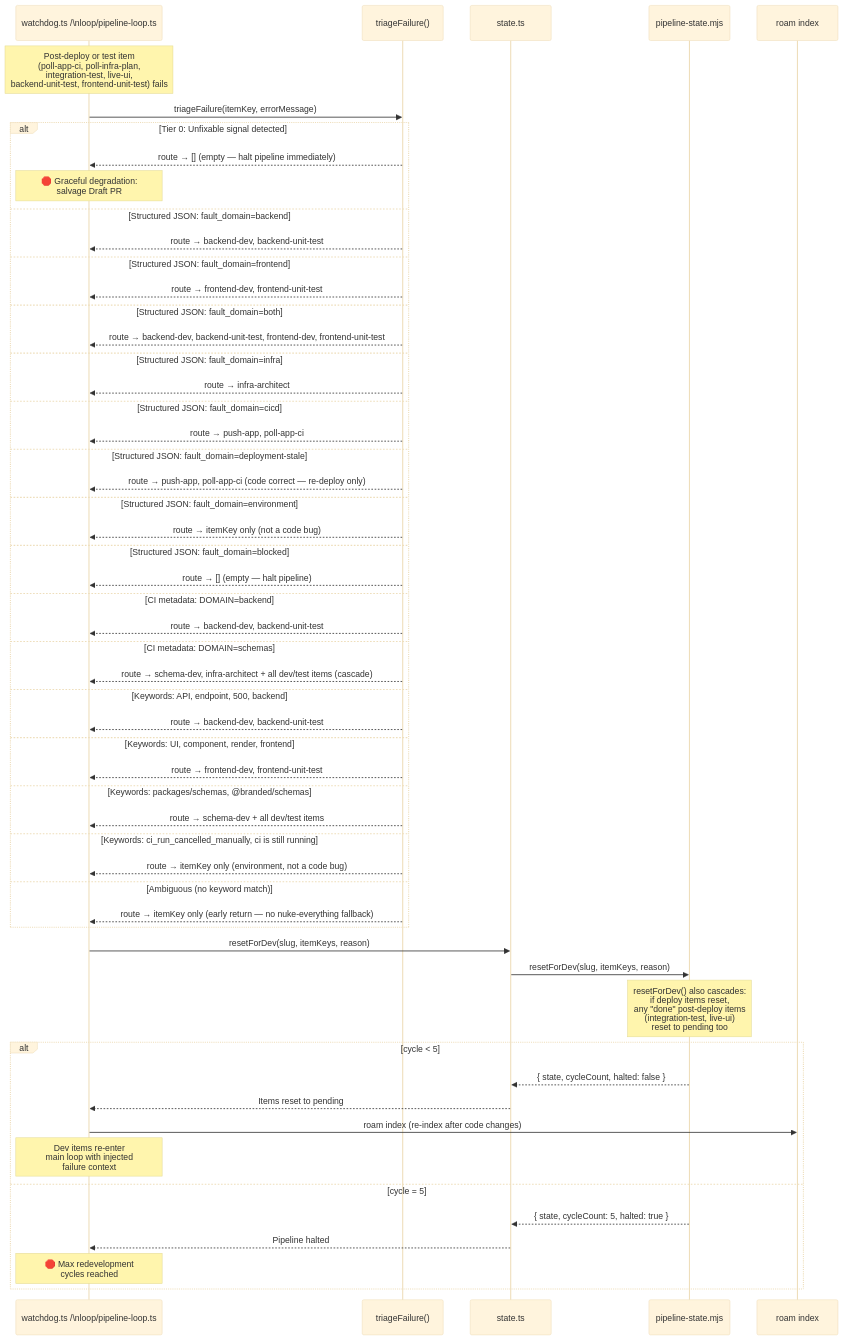
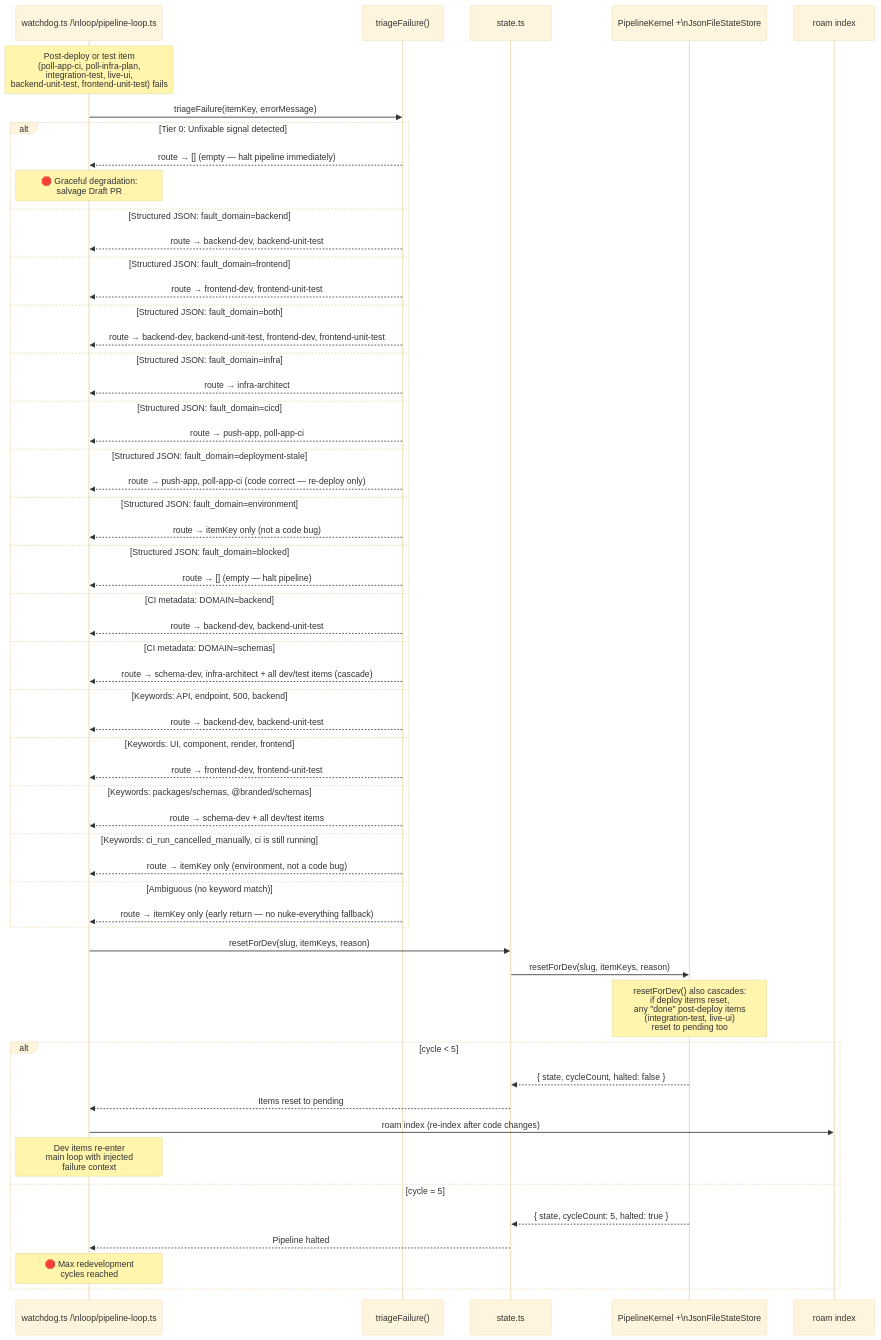
Before and after one commit to RomanKaliupinMelonusa/DAGent-t: the fourth of 7 diagrams in tools/autonomous-factory/docs/04-state-machine.md, drawn with Mermaid (base theme). The commit also changed other lines of this file and 40 other files, not shown here.

First line of the commit message:
Migrate pipeline state to Kernel+JsonFileStateStore

````diff
--- a/tools/autonomous-factory/docs/04-state-machine.md
+++ b/tools/autonomous-factory/docs/04-state-machine.md
@@ -230,63 +230,63 @@
 ```mermaid
 sequenceDiagram
     participant W as watchdog.ts /\nloop/pipeline-loop.ts
     participant TF as triageFailure()
     participant S as state.ts
-    participant PS as pipeline-state.mjs
+    participant PS as PipelineKernel +\nJsonFileStateStore
     participant R as roam index
 
     Note over W: Post-deploy or test item<br/>(poll-app-ci, poll-infra-plan,<br/>integration-test, live-ui,<br/>backend-unit-test, frontend-unit-test) fails
 
     W->>TF: triageFailure(itemKey, errorMessage)
 
     alt Tier 0: Unfixable signal detected
         TF-->>W: route → [] (empty — halt pipeline immediately)
         Note over W: 🛑 Graceful degradation:<br/>salvage Draft PR
     else Structured JSON: fault_domain=backend
         TF-->>W: route → backend-dev, backend-unit-test
     else Structured JSON: fault_domain=frontend
         TF-->>W: route → frontend-dev, frontend-unit-test
     else Structured JSON: fault_domain=both
         TF-->>W: route → backend-dev, backend-unit-test, frontend-dev, frontend-unit-test
     else Structured JSON: fault_domain=infra
         TF-->>W: route → infra-architect
     else Structured JSON: fault_domain=cicd
         TF-->>W: route → push-app, poll-app-ci
     else Structured JSON: fault_domain=deployment-stale
         TF-->>W: route → push-app, poll-app-ci (code correct — re-deploy only)
     else Structured JSON: fault_domain=environment
         TF-->>W: route → itemKey only (not a code bug)
     else Structured JSON: fault_domain=blocked
         TF-->>W: route → [] (empty — halt pipeline)
     else CI metadata: DOMAIN=backend
         TF-->>W: route → backend-dev, backend-unit-test
     else CI metadata: DOMAIN=schemas
         TF-->>W: route → schema-dev, infra-architect + all dev/test items (cascade)
     else Keywords: API, endpoint, 500, backend
         TF-->>W: route → backend-dev, backend-unit-test
     else Keywords: UI, component, render, frontend
         TF-->>W: route → frontend-dev, frontend-unit-test
     else Keywords: packages/schemas, @branded/schemas
         TF-->>W: route → schema-dev + all dev/test items
     else Keywords: ci_run_cancelled_manually, ci is still running
         TF-->>W: route → itemKey only (environment, not a code bug)
     else Ambiguous (no keyword match)
         TF-->>W: route → itemKey only (early return — no nuke-everything fallback)
     end
 
     W->>S: resetForDev(slug, itemKeys, reason)
     S->>PS: resetForDev(slug, itemKeys, reason)
 
     Note over PS: resetForDev() also cascades:<br/>if deploy items reset,<br/>any "done" post-deploy items<br/>(integration-test, live-ui)<br/>reset to pending too
 
     alt cycle < 5
         PS-->>S: { state, cycleCount, halted: false }
         S-->>W: Items reset to pending
         W->>R: roam index (re-index after code changes)
         Note over W: Dev items re-enter<br/>main loop with injected<br/>failure context
     else cycle = 5
         PS-->>S: { state, cycleCount: 5, halted: true }
         S-->>W: Pipeline halted
         Note over W: 🛑 Max redevelopment<br/>cycles reached
     end
 ```
````
